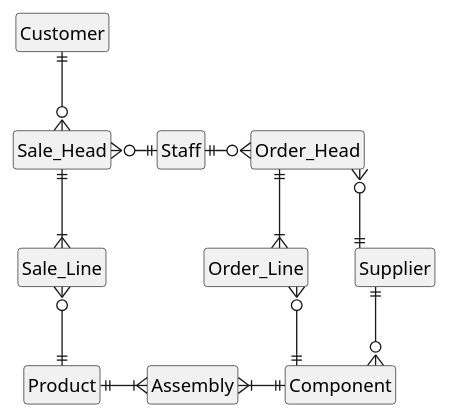
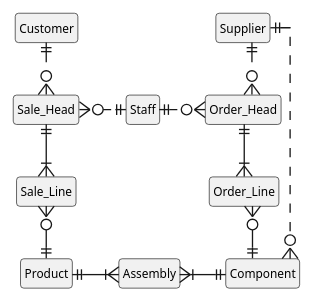
The diagram in Koli_2017/images/BDL_ERD.pu (nstanger/Publications), drawn with PlantUML before and after one commit.

Commit message:
• Updated fonts. • Adjusted diagram layout.

```diff
--- a/Koli_2017/images/BDL_ERD.pu
+++ b/Koli_2017/images/BDL_ERD.pu
@@ -1,34 +1,38 @@
 @startuml
 
 hide empty members
 
 skinparam {
+    DefaultFontName "Linux Biolinum O"
+    DefaultFontSize 9
     Style strictuml
     Monochrome true
     LineType ortho
+    RankSep 40
 }
 
 entity Customer
 entity Staff
 entity Supplier
 entity Sale_Head
 entity Sale_Line
 entity Order_Head
 entity Order_Line
 entity Product
 entity Assembly
 entity Component
 
-Customer ||--o{ Sale_Head
-Sale_Head }o-|| Staff
-Staff ||-o{ Order_Head
+Customer ||..o{ Sale_Head
+Supplier -[hidden]- Order_Head
+Supplier ||..o{ Order_Head
+Sale_Head }o.|| Staff
+Staff ||.o{ Order_Head
 Sale_Head ||--|{ Sale_Line
 Order_Head ||--|{ Order_Line
-Order_Head }o--|| Supplier
 Sale_Line }o--|| Product
+Supplier ||..o{ Component
 Order_Line }o--|| Component
-Supplier ||--o{ Component
 Product ||-|{ Assembly
 Assembly }|-|| Component
 
 @enduml
```
